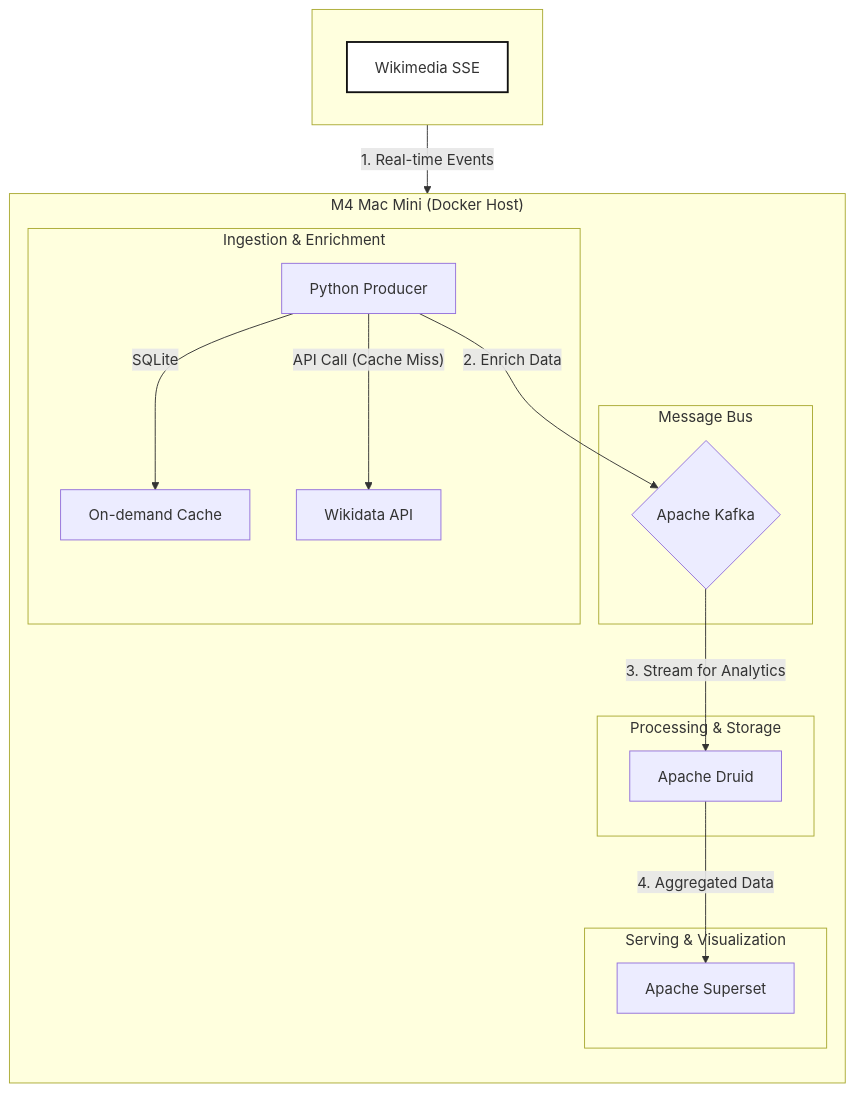
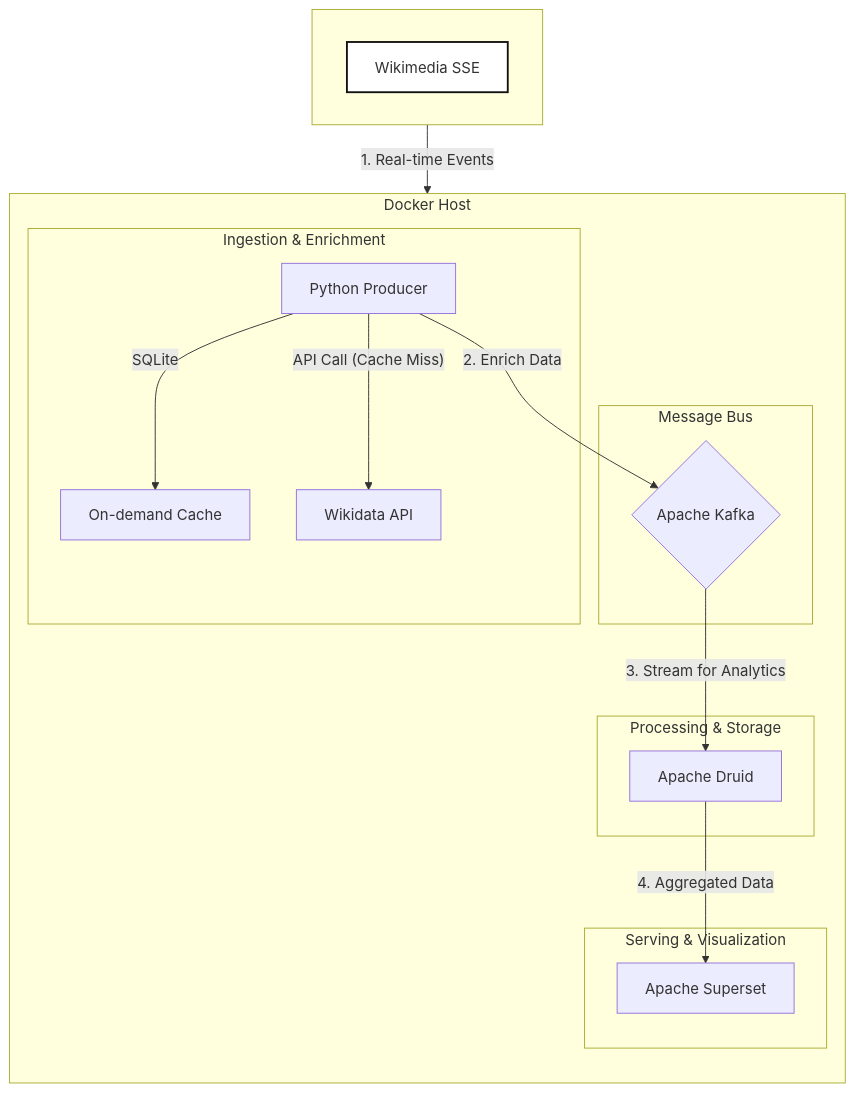
One commit to binnini/wikiStreams changed the diagram in README.md. Above: the diagram before and after it, drawn with Mermaid. The commit also changed other lines of this file and 1 other file, not shown here.

Commit message:
docs: Update READEME.md and test.md with testing strategy

````diff
--- a/README.md
+++ b/README.md
@@ -13,37 +13,37 @@
 ```mermaid
 graph TD
     subgraph " "
         direction LR
         A[<fa:fa-globe> Wikimedia SSE]
     end
 
-    subgraph "M4 Mac Mini (Docker Host)"
+    subgraph "Docker Host"
         direction TB
         
         subgraph "Ingestion & Enrichment"
             B[<fa:fa-brands fa-python> Python Producer] -- "SQLite" --> C[<fa:fa-database> On-demand Cache]
             B -- "API Call (Cache Miss)" --> D[<fa:fa-server> Wikidata API]
         end
 
         subgraph "Message Bus"
             E{<fa:fa-layer-group> Apache Kafka}
         end
 
         subgraph "Processing & Storage"
             F[<fa:fa-bolt> Apache Druid]
         end
 
         subgraph "Serving & Visualization"
             G[<fa:fa-chart-simple> Apache Superset]
         end
     end
 
     %% Data Flow
     A -- "1. Real-time Events" --> B
     B -- "2. Enrich Data" --> E
     E -- "3. Stream for Analytics" --> F
     F -- "4. Aggregated Data" --> G
 
     %% Styling
     style A fill:#fff,stroke:#111,stroke-width:2px
 ```
````
